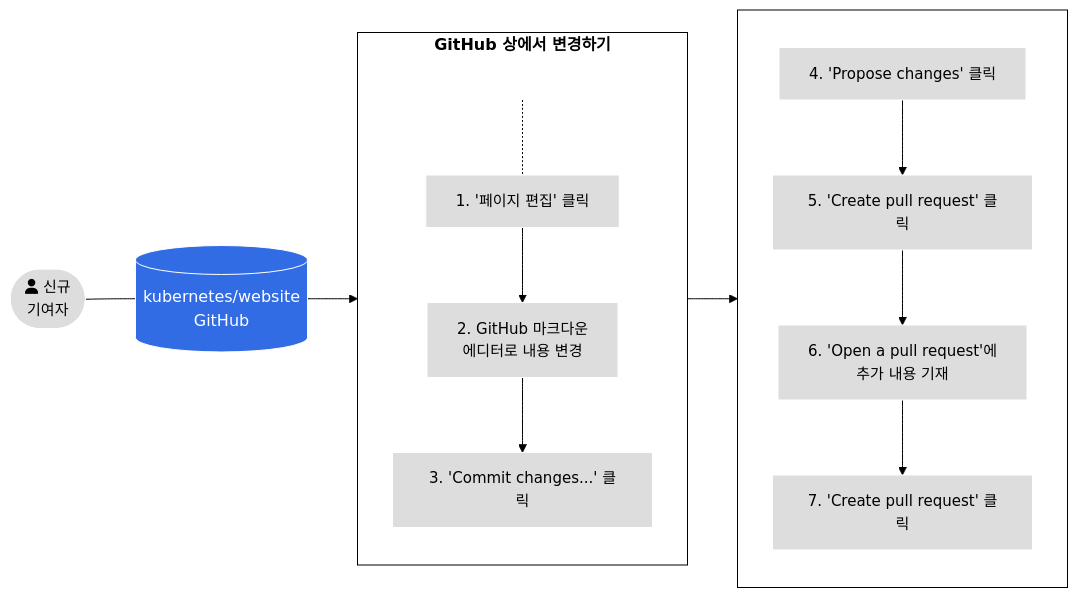
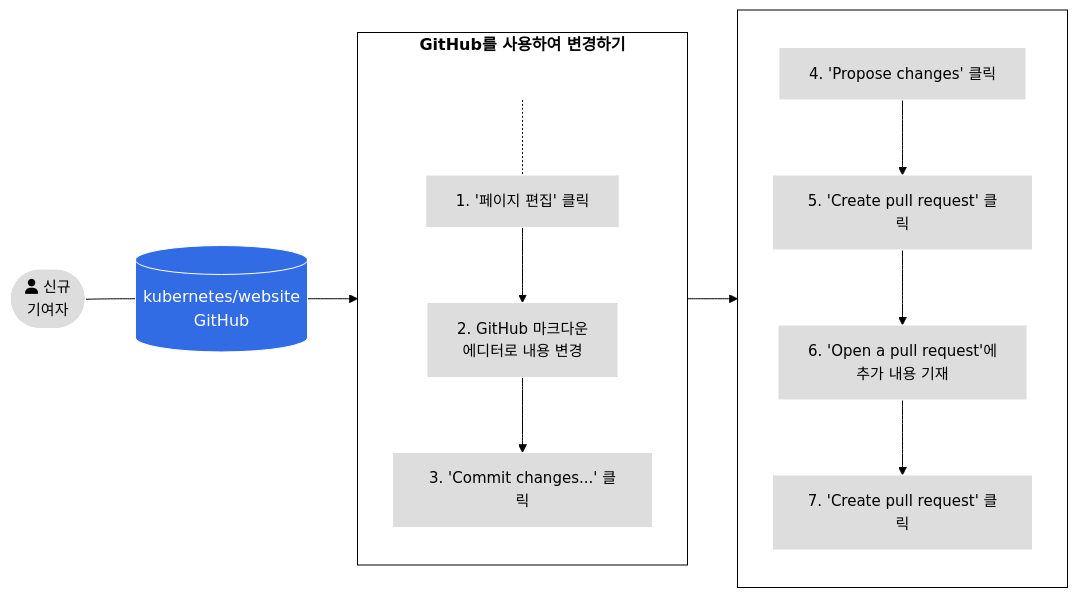
One commit to kubernetes/website changed the first of 3 diagrams in content/ko/docs/contribute/new-content/open-a-pr.md. Above: the diagram before and after it, drawn with Mermaid (forest theme). The commit also changed other lines of this file, not shown here.

```diff
--- a/content/ko/docs/contribute/new-content/open-a-pr.md
+++ b/content/ko/docs/contribute/new-content/open-a-pr.md
@@ -38,27 +38,27 @@
 {{< mermaid >}}
 flowchart LR
 A([fa:fa-user 신규<br>기여자]) --- id1[(kubernetes/website<br>GitHub)]
-subgraph tasks[GitHub 상에서 변경하기]
+subgraph tasks[GitHub를 사용하여 변경하기]
 direction TB
     0[ ] -.-
     1[1. '페이지 편집' 클릭] --> 2[2. GitHub 마크다운<br>에디터로 내용 변경]
     2 --> 3[3. 'Commit changes...' 클릭]
 
 end
 subgraph tasks2[ ]
 direction TB
 4[4. 'Propose changes' 클릭] --> 5[5. 'Create pull request' 클릭] --> 6[6. 'Open a pull request'에<br>추가 내용 기재]
 6 --> 7[7. 'Create pull request' 클릭] 
 end
 
 id1 --> tasks --> tasks2
 
 classDef grey fill:#dddddd,stroke:#ffffff,stroke-width:px,color:#000000, font-size:15px;
 classDef white fill:#ffffff,stroke:#000,stroke-width:px,color:#000,font-weight:bold
 classDef k8s fill:#326ce5,stroke:#fff,stroke-width:1px,color:#fff;
 classDef spacewhite fill:#ffffff,stroke:#fff,stroke-width:0px,color:#000
 class A,1,2,3,4,5,6,7 grey
 class 0 spacewhite
 class tasks,tasks2 white
 class id1 k8s
 {{</ mermaid >}}
```
